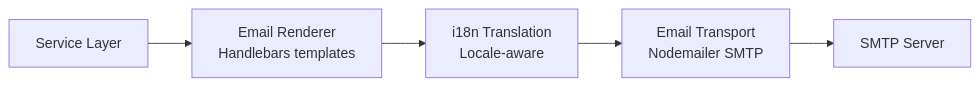
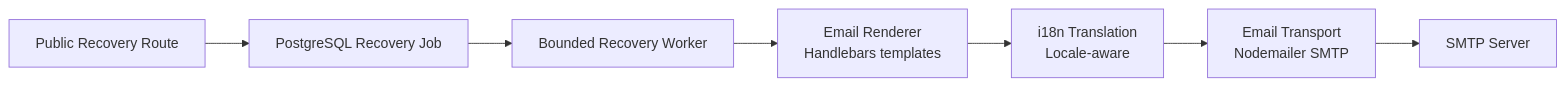
One commit to blendsdk/porta-identity changed the first of 3 diagrams in techdocs/reference/integrations.md. Above: the diagram before and after it, drawn with Mermaid. The commit also changed other lines of this file and 7 other files, not shown here.

````diff
--- a/techdocs/reference/integrations.md
+++ b/techdocs/reference/integrations.md
@@ -197,7 +200,9 @@
 ```mermaid
 graph LR
-    SVC[Service Layer] --> RENDER[Email Renderer<br/>Handlebars templates]
+    REQ[Public Recovery Route] --> OUTBOX[PostgreSQL Recovery Job]
+    OUTBOX --> WORKER[Bounded Recovery Worker]
+    WORKER --> RENDER[Email Renderer<br/>Handlebars templates]
     RENDER --> I18N[i18n Translation<br/>Locale-aware]
     I18N --> TRANSPORT[Email Transport<br/>Nodemailer SMTP]
     TRANSPORT --> SMTP[SMTP Server]
 ```
````
